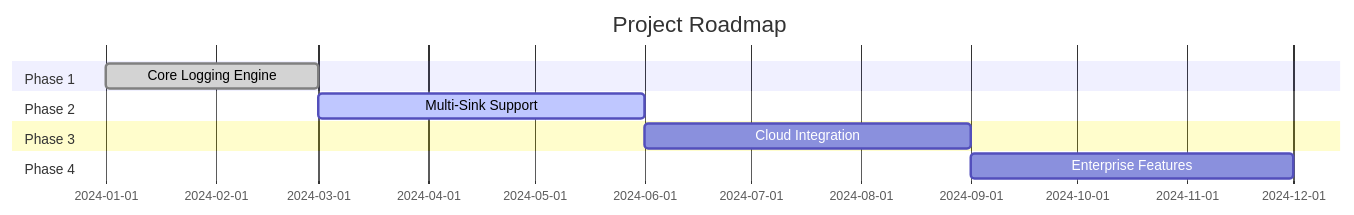
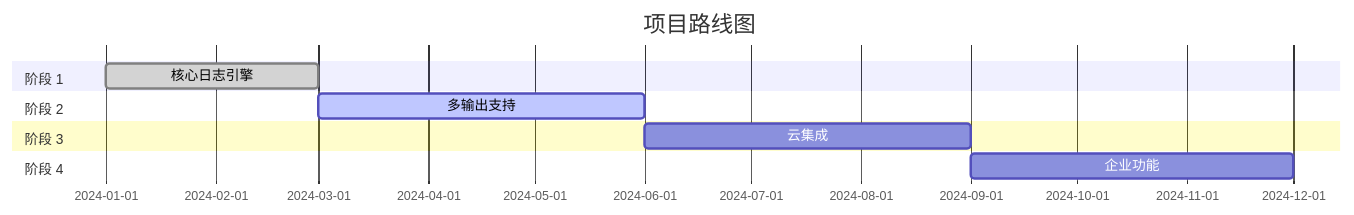
The third of 3 diagrams in README.md (Kirky-X/inklog), drawn with Mermaid before and after one commit. The commit also changed other lines of this file and 6 other files, not shown here.

````diff
--- a/README.md
+++ b/README.md
@@ -726,13 +726,13 @@
 ```mermaid
 gantt
-    title Project Roadmap
+    title 项目路线图
     dateFormat  YYYY-MM
-    section Phase 1
-    Core Logging Engine    :done, 2024-01, 2024-03
-    section Phase 2
-    Multi-Sink Support     :active, 2024-03, 2024-06
-    section Phase 3
-    Cloud Integration     :2024-06, 2024-09
-    section Phase 4
-    Enterprise Features   :2024-09, 2024-12
+    section 阶段 1
+    核心日志引擎    :done, 2024-01, 2024-03
+    section 阶段 2
+    多输出支持     :active, 2024-03, 2024-06
+    section 阶段 3
+    云集成     :2024-06, 2024-09
+    section 阶段 4
+    企业功能   :2024-09, 2024-12
 ```
````
